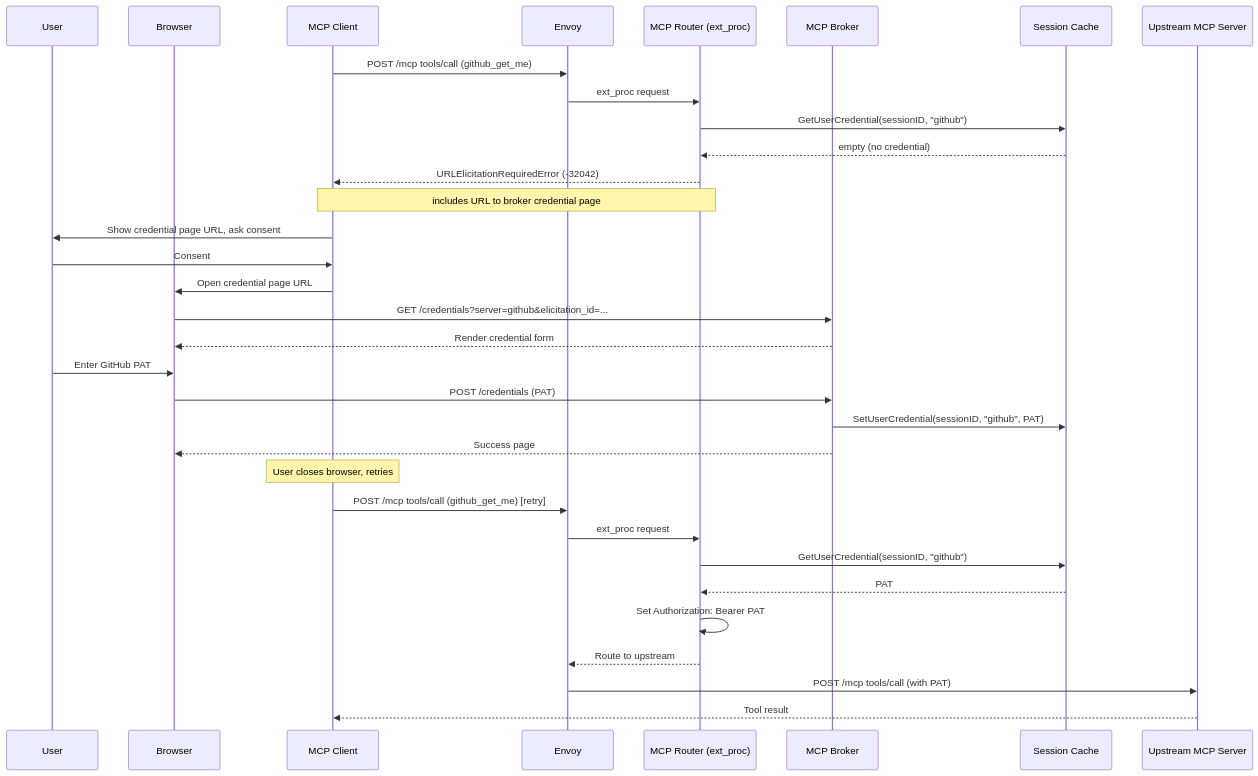
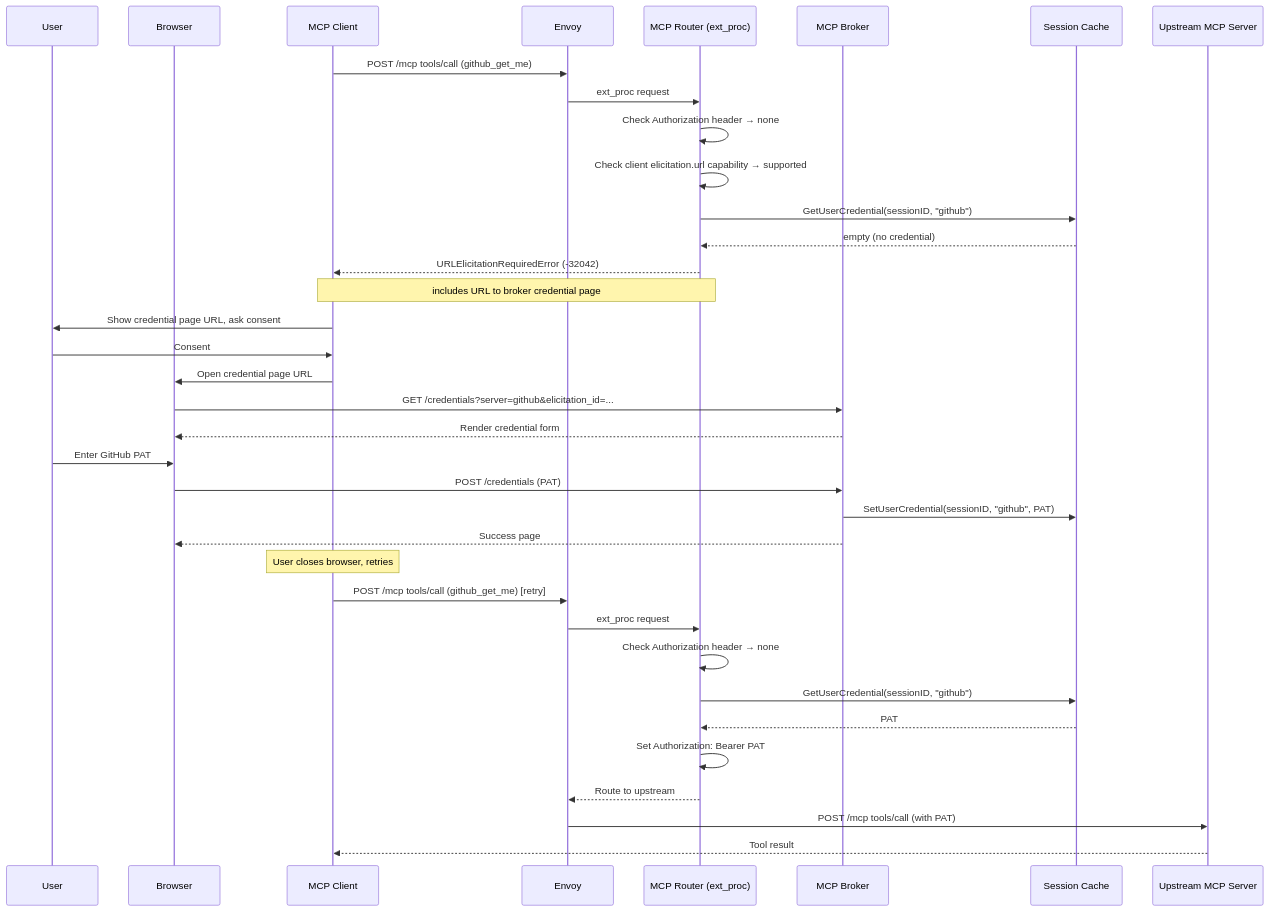
The first of 2 diagrams in docs/design/gateway-initiated-url-elicitation.md (Kuadrant/mcp-gateway), drawn with Mermaid before and after one commit. The commit also changed other lines of this file, not shown here.

````diff
--- a/docs/design/gateway-initiated-url-elicitation.md
+++ b/docs/design/gateway-initiated-url-elicitation.md
@@ -41,39 +41,42 @@
 ```mermaid
 sequenceDiagram
     participant User
     participant Browser
     participant Client as MCP Client
     participant Gateway as Envoy
     participant Router as MCP Router (ext_proc)
     participant Broker as MCP Broker
     participant Cache as Session Cache
     participant Upstream as Upstream MCP Server
 
     Client->>Gateway: POST /mcp tools/call (github_get_me)
     Gateway->>Router: ext_proc request
+    Router->>Router: Check Authorization header → none
+    Router->>Router: Check client elicitation.url capability → supported
     Router->>Cache: GetUserCredential(sessionID, "github")
     Cache-->>Router: empty (no credential)
     Router-->>Client: URLElicitationRequiredError (-32042)
     Note over Router,Client: includes URL to broker credential page
 
     Client->>User: Show credential page URL, ask consent
     User->>Client: Consent
     Client->>Browser: Open credential page URL
 
     Browser->>Broker: GET /credentials?server=github&elicitation_id=...
     Broker-->>Browser: Render credential form
     User->>Browser: Enter GitHub PAT
     Browser->>Broker: POST /credentials (PAT)
     Broker->>Cache: SetUserCredential(sessionID, "github", PAT)
     Broker-->>Browser: Success page
 
     Note over Client: User closes browser, retries
     Client->>Gateway: POST /mcp tools/call (github_get_me) [retry]
     Gateway->>Router: ext_proc request
+    Router->>Router: Check Authorization header → none
     Router->>Cache: GetUserCredential(sessionID, "github")
     Cache-->>Router: PAT
     Router->>Router: Set Authorization: Bearer PAT
     Router-->>Gateway: Route to upstream
     Gateway->>Upstream: POST /mcp tools/call (with PAT)
     Upstream-->>Client: Tool result
 ```
````
